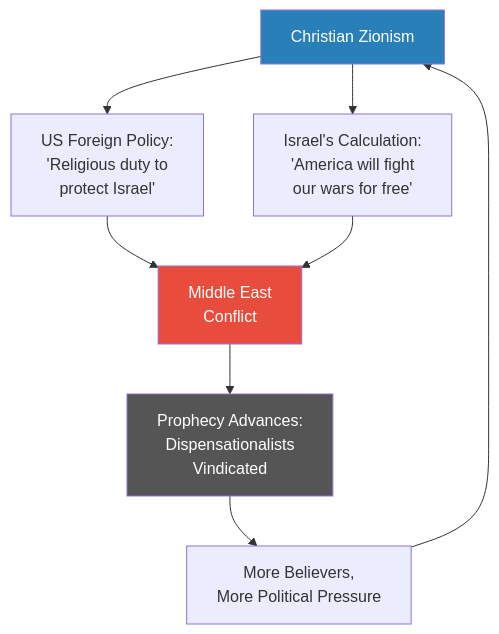
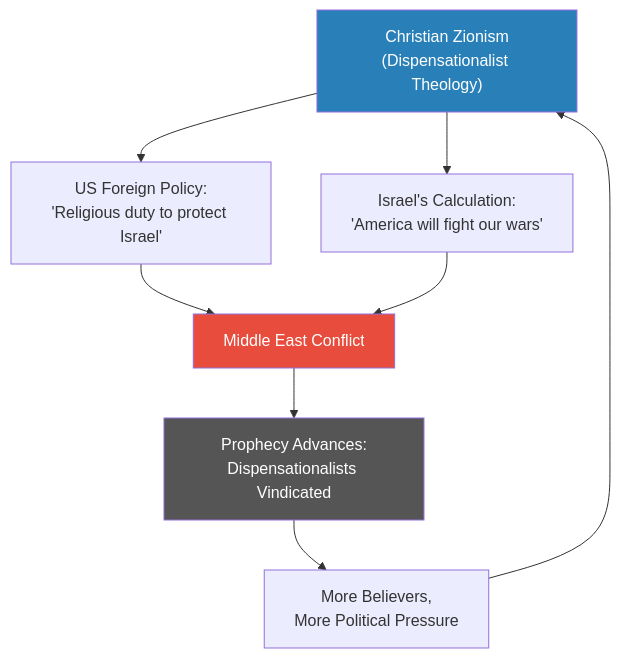
The eighth of 9 diagrams in summaries/Lectures/Geo-Strategy/02 - Christian Zionism and the Middle East Conflict.md (alius33/reader), drawn with Mermaid before and after one commit. The commit also changed other lines of this file and 26 other files, not shown here.

````diff
--- a/summaries/Lectures/Geo-Strategy/02 - Christian Zionism and the Middle East Conflict.md
+++ b/summaries/Lectures/Geo-Strategy/02 - Christian Zionism and the Middle East Conflict.md
@@ -368,13 +404,13 @@
 ```mermaid
 flowchart TB
-    CZ["Christian Zionism"] --> US["US Foreign Policy:<br/>'Religious duty to<br/>protect Israel'"]
-    CZ --> IL["Israel's Calculation:<br/>'America will fight<br/>our wars for free'"]
-    US --> WAR["Middle East<br/>Conflict"]
+    CZ["Christian Zionism<br/>(Dispensationalist Theology)"] --> US["US Foreign Policy:<br/>'Religious duty to protect Israel'"]
+    CZ --> IL["Israel's Calculation:<br/>'America will fight our wars'"]
+    US --> WAR["Middle East Conflict"]
     IL --> WAR
-    WAR --> PROPH["Prophecy Advances:<br/>Dispensationalists<br/>Vindicated"]
+    WAR --> PROPH["Prophecy Advances:<br/>Dispensationalists Vindicated"]
     PROPH --> MORE["More Believers,<br/>More Political Pressure"]
     MORE --> CZ
     style CZ fill:#2980b9,color:#fff
     style WAR fill:#e74c3c,color:#fff
     style PROPH fill:#555,color:#fff
 ```
````
